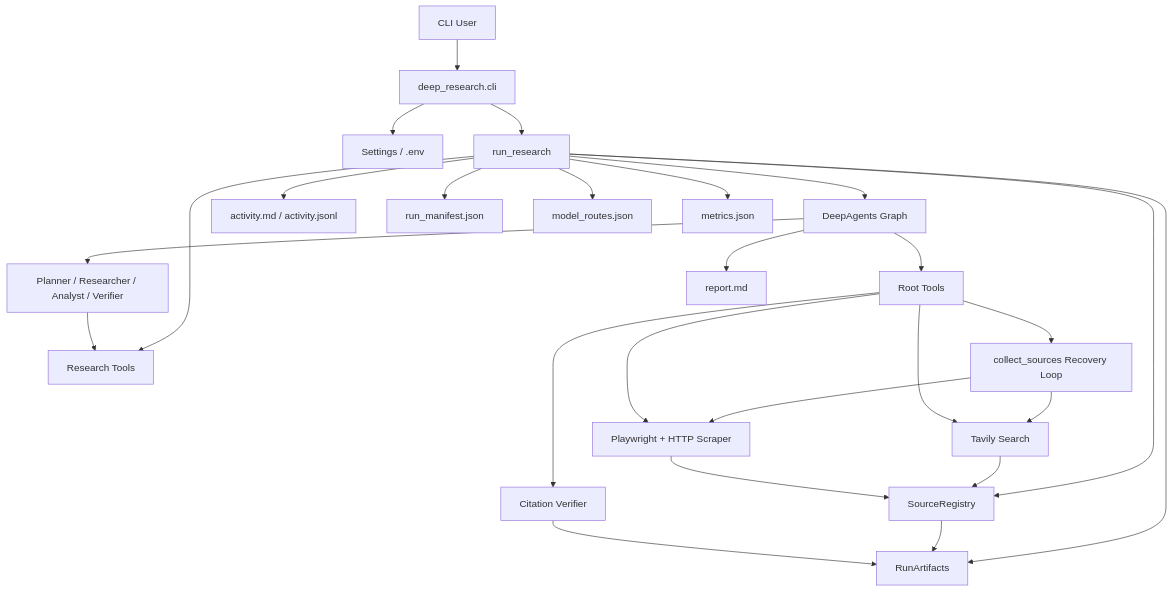
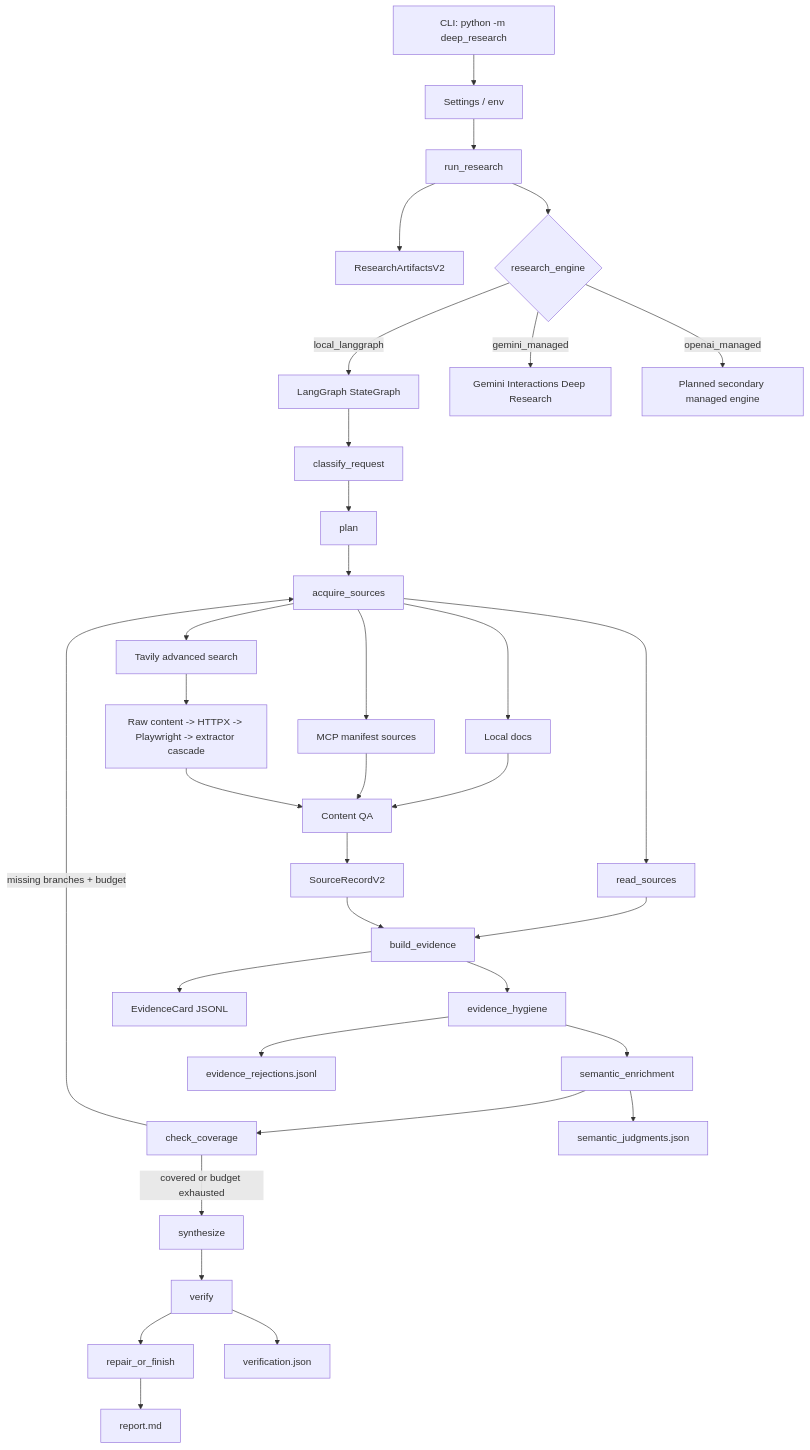
Before and after one commit to THCO-Labs/deep-research-agent: the diagram in ARCHITECTURE.md, drawn with Mermaid. The commit also changed other lines of this file and 44 other files, not shown here.

````diff
--- a/ARCHITECTURE.md
+++ b/ARCHITECTURE.md
@@ -20,28 +18,39 @@
 ```mermaid
 flowchart TD
-    User["CLI User"] --> CLI["deep_research.cli"]
-    CLI --> Settings["Settings / .env"]
-    CLI --> Runner["run_research"]
-    Runner --> Artifacts["RunArtifacts"]
-    Runner --> Registry["SourceRegistry"]
-    Runner --> Tools["Research Tools"]
-    Runner --> Agent["DeepAgents Graph"]
-    Agent --> RootTools["Root Tools"]
-    Agent --> Subagents["Planner / Researcher / Analyst / Verifier"]
-    RootTools --> Collector["collect_sources Recovery Loop"]
-    Collector --> Tavily["Tavily Search"]
-    Collector --> Scraper["Playwright + HTTP Scraper"]
-    RootTools --> Tavily["Tavily Search"]
-    RootTools --> Scraper["Playwright + HTTP Scraper"]
-    RootTools --> Verifier["Citation Verifier"]
-    Subagents --> Tools
-    Tavily --> Registry
-    Scraper --> Registry
-    Registry --> Artifacts
-    Verifier --> Artifacts
-    Agent --> Report["report.md"]
-    Runner --> Activity["activity.md / activity.jsonl"]
-    Runner --> Manifest["run_manifest.json"]
-    Runner --> Routes["model_routes.json"]
-    Runner --> Metrics["metrics.json"]
+    CLI["CLI: python -m deep_research"] --> Settings["Settings / env"]
+    Settings --> Runner["run_research"]
+    Runner --> Artifacts["ResearchArtifactsV2"]
+    Runner --> Engine{"research_engine"}
+
+    Engine -->|"local_langgraph"| Graph["LangGraph StateGraph"]
+    Engine -->|"gemini_managed"| Gemini["Gemini Interactions Deep Research"]
+    Engine -->|"openai_managed"| Planned["Planned secondary managed engine"]
+
+    Graph --> Classify["classify_request"]
+    Classify --> Plan["plan"]
+    Plan --> Acquire["acquire_sources"]
+    Acquire --> Read["read_sources"]
+    Read --> Evidence["build_evidence"]
+    Evidence --> Hygiene["evidence_hygiene"]
+    Hygiene --> SemanticEvidence["semantic_enrichment"]
+    SemanticEvidence --> Coverage["check_coverage"]
+    Coverage -->|"missing branches + budget"| Acquire
+    Coverage -->|"covered or budget exhausted"| Synthesize["synthesize"]
+    Synthesize --> Verify["verify"]
+    Verify --> Finish["repair_or_finish"]
+
+    Acquire --> Web["Tavily advanced search"]
+    Acquire --> Local["Local docs"]
+    Acquire --> MCP["MCP manifest sources"]
+    Web --> Extract["Raw content -> HTTPX -> Playwright -> extractor cascade"]
+    Local --> QA["Content QA"]
+    MCP --> QA
+    Extract --> QA
+    QA --> Sources["SourceRecordV2"]
+    Sources --> Evidence
+    Evidence --> Cards["EvidenceCard JSONL"]
+    Hygiene --> Rejections["evidence_rejections.jsonl"]
+    SemanticEvidence --> SemanticJudgments["semantic_judgments.json"]
+    Verify --> Verification["verification.json"]
+    Finish --> Report["report.md"]
 ```
````
